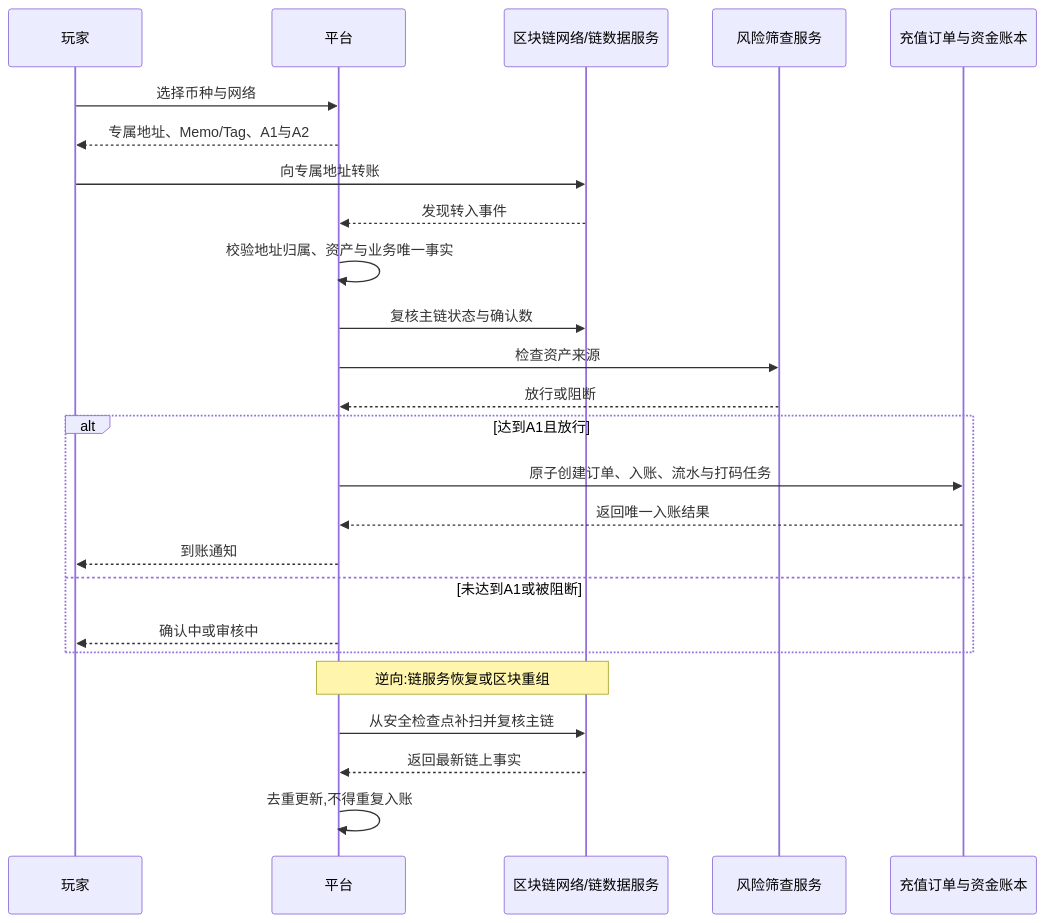
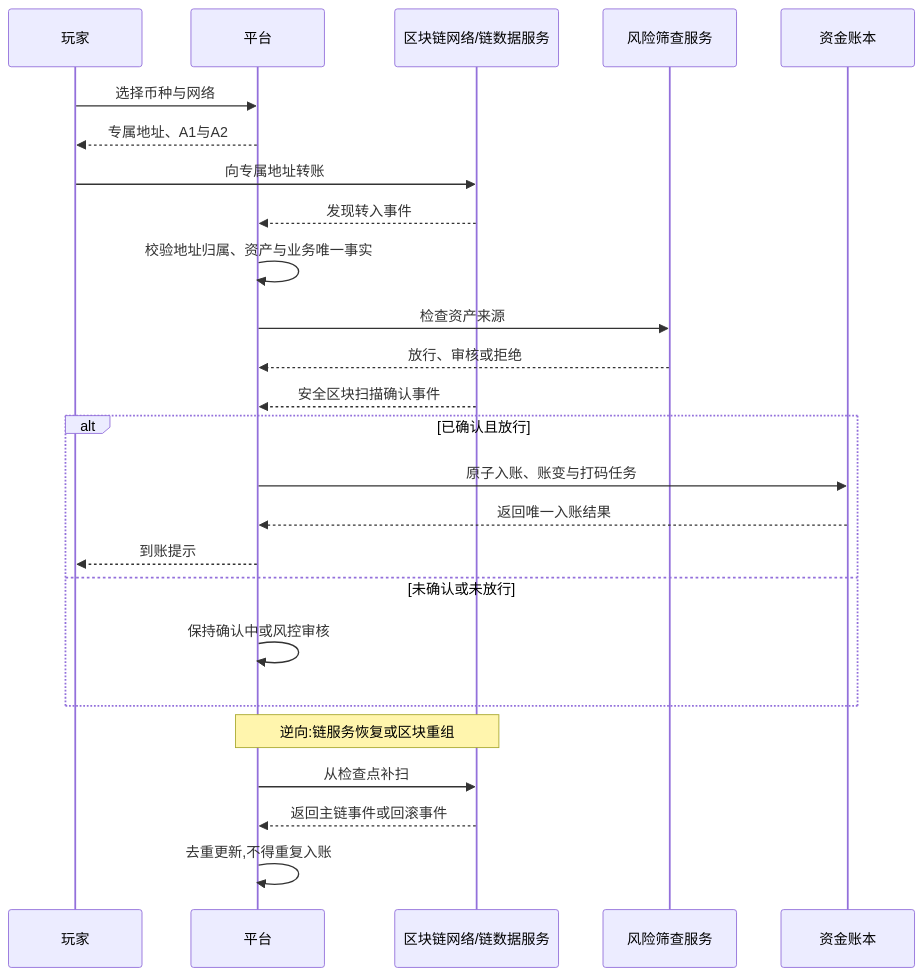
Before and after one commit to bingo-lab-1/bingo-figma: the second of 2 diagrams in M5-财务管理/5.14-Crypto入金/README.md, drawn with Mermaid. The commit also changed other lines of this file and 157 other files, not shown here.

````diff
--- a/M5-财务管理/5.14-Crypto入金/README.md
+++ b/M5-财务管理/5.14-Crypto入金/README.md
@@ -415,29 +438,29 @@
 ```mermaid
 sequenceDiagram
     participant 玩家
     participant 平台
     participant 链 as 区块链网络/链数据服务
     participant 风控 as 风险筛查服务
-    participant 资金 as 充值订单与资金账本
+    participant 资金 as 资金账本
 
     玩家->>平台: 选择币种与网络
-    平台-->>玩家: 专属地址、Memo/Tag、A1与A2
+    平台-->>玩家: 专属地址、A1与A2
     玩家->>链: 向专属地址转账
     链-->>平台: 发现转入事件
     平台->>平台: 校验地址归属、资产与业务唯一事实
-    平台->>链: 复核主链状态与确认数
     平台->>风控: 检查资产来源
-    风控-->>平台: 放行或阻断
-    alt 达到A1且放行
-        平台->>资金: 原子创建订单、入账、流水与打码任务
+    风控-->>平台: 放行、审核或拒绝
+    链-->>平台: 安全区块扫描确认事件
+    alt 已确认且放行
+        平台->>资金: 原子入账、账变与打码任务
         资金-->>平台: 返回唯一入账结果
-        平台-->>玩家: 到账通知
-    else 未达到A1或被阻断
-        平台-->>玩家: 确认中或审核中
+        平台-->>玩家: 到账提示
+    else 未确认或未放行
+        平台->>平台: 保持确认中或风控审核
     end
 
     Note over 链,平台: 逆向:链服务恢复或区块重组
-    平台->>链: 从安全检查点补扫并复核主链
-    链-->>平台: 返回最新链上事实
+    平台->>链: 从检查点补扫
+    链-->>平台: 返回主链事件或回滚事件
     平台->>平台: 去重更新,不得重复入账
 ```
````
